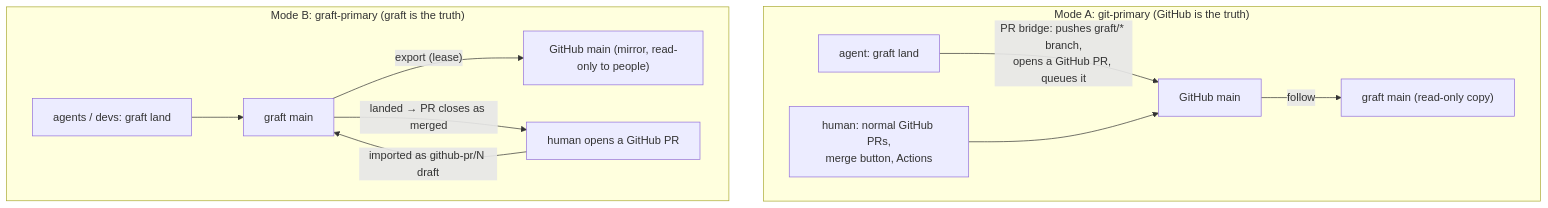
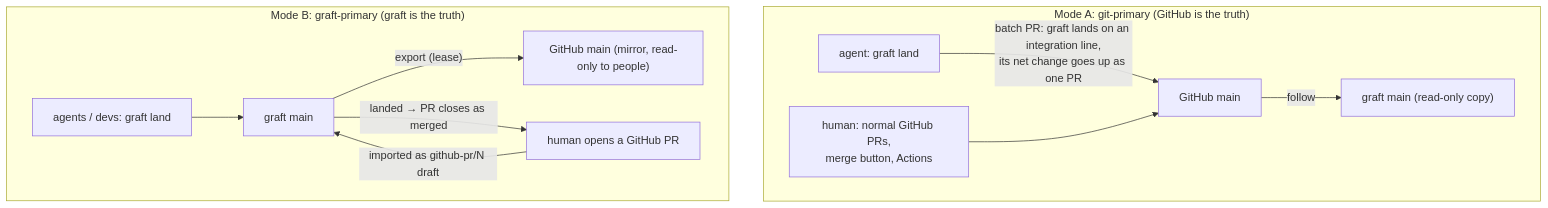
One commit to TheDancingDeveloper-org/graft changed the ninth of 9 diagrams in docs/architecture.md. Above: the diagram before and after it, drawn with Mermaid. The commit also changed other lines of this file and 19 other files, not shown here.

First line of the commit message:
graft-mirror: delete the unreachable PR bridge module and bridge table (WI-2320)

````diff
--- a/docs/architecture.md
+++ b/docs/architecture.md
@@ -386,15 +386,15 @@
 ```mermaid
 flowchart TB
   subgraph A["Mode A: git-primary (GitHub is the truth)"]
     a_gh["GitHub main"] -- "follow" --> a_gr["graft main (read-only copy)"]
-    a_ag["agent: graft land"] -- "PR bridge: pushes graft/* branch,<br/>opens a GitHub PR, queues it" --> a_gh
+    a_ag["agent: graft land"] -- "batch PR: graft lands on an integration line,<br/>its net change goes up as one PR" --> a_gh
     a_hu["human: normal GitHub PRs,<br/>merge button, Actions"] --> a_gh
   end
 
   subgraph B["Mode B: graft-primary (graft is the truth)"]
     b_gr["graft main"] -- "export (lease)" --> b_gh["GitHub main (mirror, read-only to people)"]
     b_ag["agents / devs: graft land"] --> b_gr
     b_hu["human opens a GitHub PR"] -- "imported as github-pr/N draft" --> b_gr
     b_gr -- "landed → PR closes as merged" --> b_hu
   end
 ```
````
